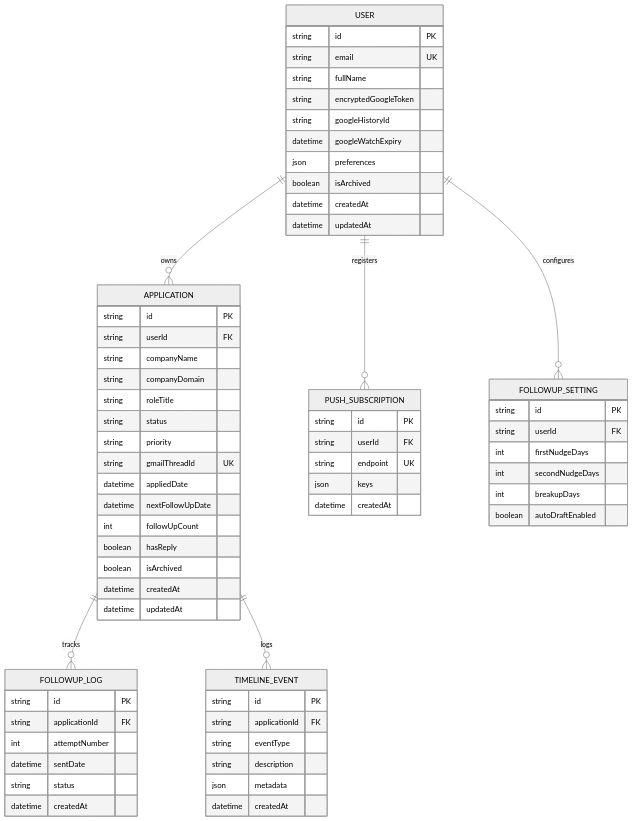
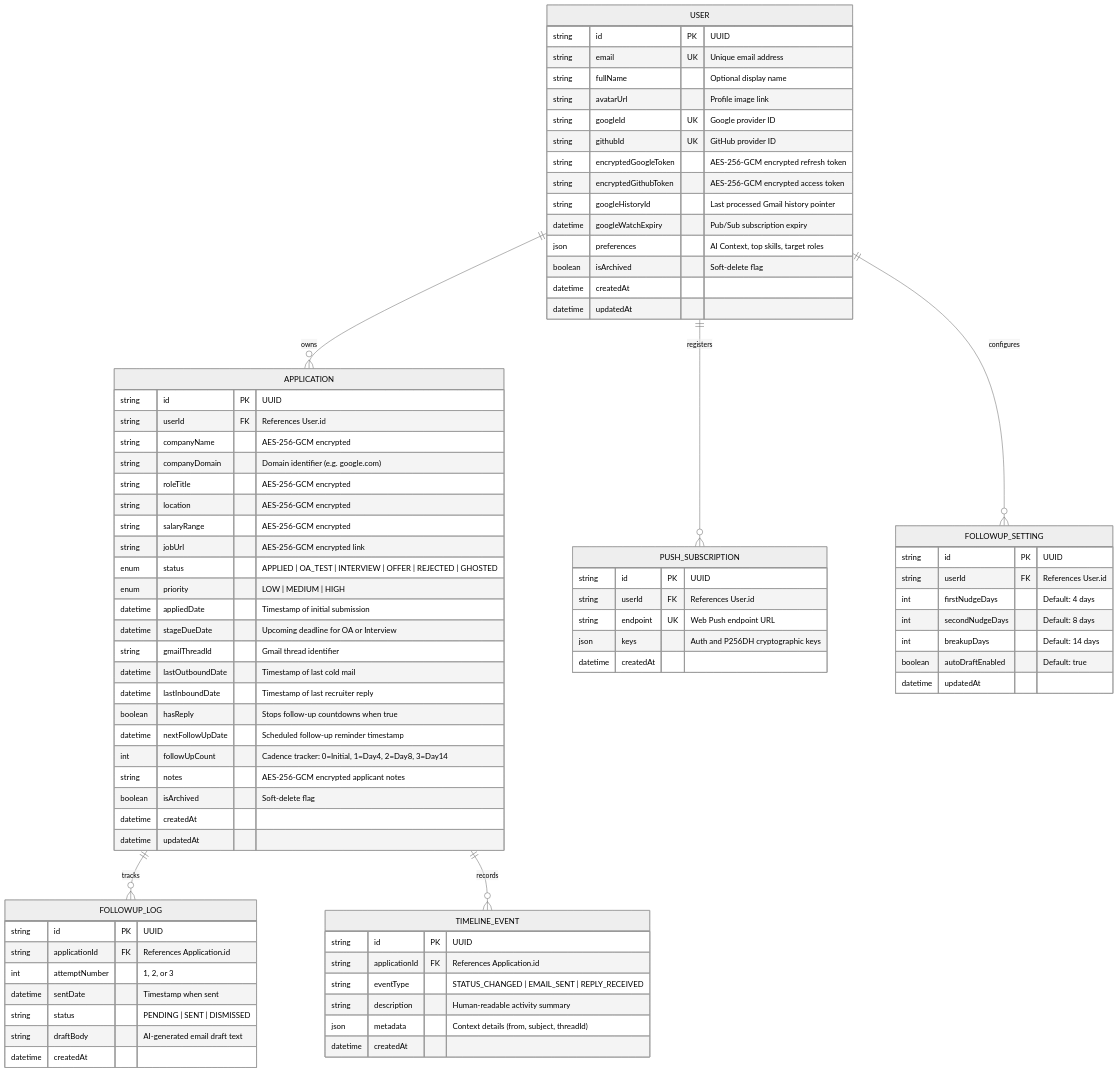
One commit to LalitWagh34/ApplyTrack changed the third of 7 diagrams in ARCHITECTURE.md. Above: the diagram before and after it, drawn with Mermaid (neutral theme). The commit also changed other lines of this file and 1 other file, not shown here.

Commit message:
docs: modernize README and ARCHITECTURE with Phase 2 specs and PubSub route

````diff
--- a/ARCHITECTURE.md
+++ b/ARCHITECTURE.md
@@ -107,71 +133,84 @@
     USER ||--o{ PUSH_SUBSCRIPTION : registers
     USER ||--o{ FOLLOWUP_SETTING : configures
     APPLICATION ||--o{ FOLLOWUP_LOG : tracks
-    APPLICATION ||--o{ TIMELINE_EVENT : logs
+    APPLICATION ||--o{ TIMELINE_EVENT : records
 
     USER {
-        string id PK
-        string email UK
-        string fullName
-        string encryptedGoogleToken
-        string googleHistoryId
-        datetime googleWatchExpiry
-        json preferences
-        boolean isArchived
+        string id PK "UUID"
+        string email UK "Unique email address"
+        string fullName "Optional display name"
+        string avatarUrl "Profile image link"
+        string googleId UK "Google provider ID"
+        string githubId UK "GitHub provider ID"
+        string encryptedGoogleToken "AES-256-GCM encrypted refresh token"
+        string encryptedGithubToken "AES-256-GCM encrypted access token"
+        string googleHistoryId "Last processed Gmail history pointer"
+        datetime googleWatchExpiry "Pub/Sub subscription expiry"
+        json preferences "AI Context, top skills, target roles"
+        boolean isArchived "Soft-delete flag"
         datetime createdAt
         datetime updatedAt
     }
 
     APPLICATION {
-        string id PK
-        string userId FK
-        string companyName
-        string companyDomain
-        string roleTitle
-        string status
-        string priority
-        string gmailThreadId UK
-        datetime appliedDate
-        datetime nextFollowUpDate
-        int followUpCount
-        boolean hasReply
-        boolean isArchived
+        string id PK "UUID"
+        string userId FK "References User.id"
+        string companyName "AES-256-GCM encrypted"
+        string companyDomain "Domain identifier (e.g. google.com)"
+        string roleTitle "AES-256-GCM encrypted"
+        string location "AES-256-GCM encrypted"
+        string salaryRange "AES-256-GCM encrypted"
+        string jobUrl "AES-256-GCM encrypted link"
+        enum status "APPLIED | OA_TEST | INTERVIEW | OFFER | REJECTED | GHOSTED"
+        enum priority "LOW | MEDIUM | HIGH"
+        datetime appliedDate "Timestamp of initial submission"
+        datetime stageDueDate "Upcoming deadline for OA or Interview"
+        string gmailThreadId "Gmail thread identifier"
+        datetime lastOutboundDate "Timestamp of last cold mail"
+        datetime lastInboundDate "Timestamp of last recruiter reply"
+        boolean hasReply "Stops follow-up countdowns when true"
+        datetime nextFollowUpDate "Scheduled follow-up reminder timestamp"
+        int followUpCount "Cadence tracker: 0=Initial, 1=Day4, 2=Day8, 3=Day14"
+        string notes "AES-256-GCM encrypted applicant notes"
+        boolean isArchived "Soft-delete flag"
         datetime createdAt
         datetime updatedAt
     }
 
     FOLLOWUP_LOG {
-        string id PK
-        string applicationId FK
-        int attemptNumber
-        datetime sentDate
-        string status
+        string id PK "UUID"
+        string applicationId FK "References Application.id"
+        int attemptNumber "1, 2, or 3"
+        datetime sentDate "Timestamp when sent"
+        string status "PENDING | SENT | DISMISSED"
+        string draftBody "AI-generated email draft text"
         datetime createdAt
     }
 
     TIMELINE_EVENT {
-        string id PK
-        string applicationId FK
-        string eventType
-        string description
-        json metadata
+        string id PK "UUID"
+        string applicationId FK "References Application.id"
+        string eventType "STATUS_CHANGED | EMAIL_SENT | REPLY_RECEIVED"
+        string description "Human-readable activity summary"
+        json metadata "Context details (from, subject, threadId)"
         datetime createdAt
     }
 
     PUSH_SUBSCRIPTION {
-        string id PK
-        string userId FK
-        string endpoint UK
-        json keys
+        string id PK "UUID"
+        string userId FK "References User.id"
+        string endpoint UK "Web Push endpoint URL"
+        json keys "Auth and P256DH cryptographic keys"
         datetime createdAt
     }
 
     FOLLOWUP_SETTING {
-        string id PK
-        string userId FK
-        int firstNudgeDays
-        int secondNudgeDays
-        int breakupDays
-        boolean autoDraftEnabled
+        string id PK "UUID"
+        string userId FK "References User.id"
+        int firstNudgeDays "Default: 4 days"
+        int secondNudgeDays "Default: 8 days"
+        int breakupDays "Default: 14 days"
+        boolean autoDraftEnabled "Default: true"
+        datetime updatedAt
     }
 ```
````
